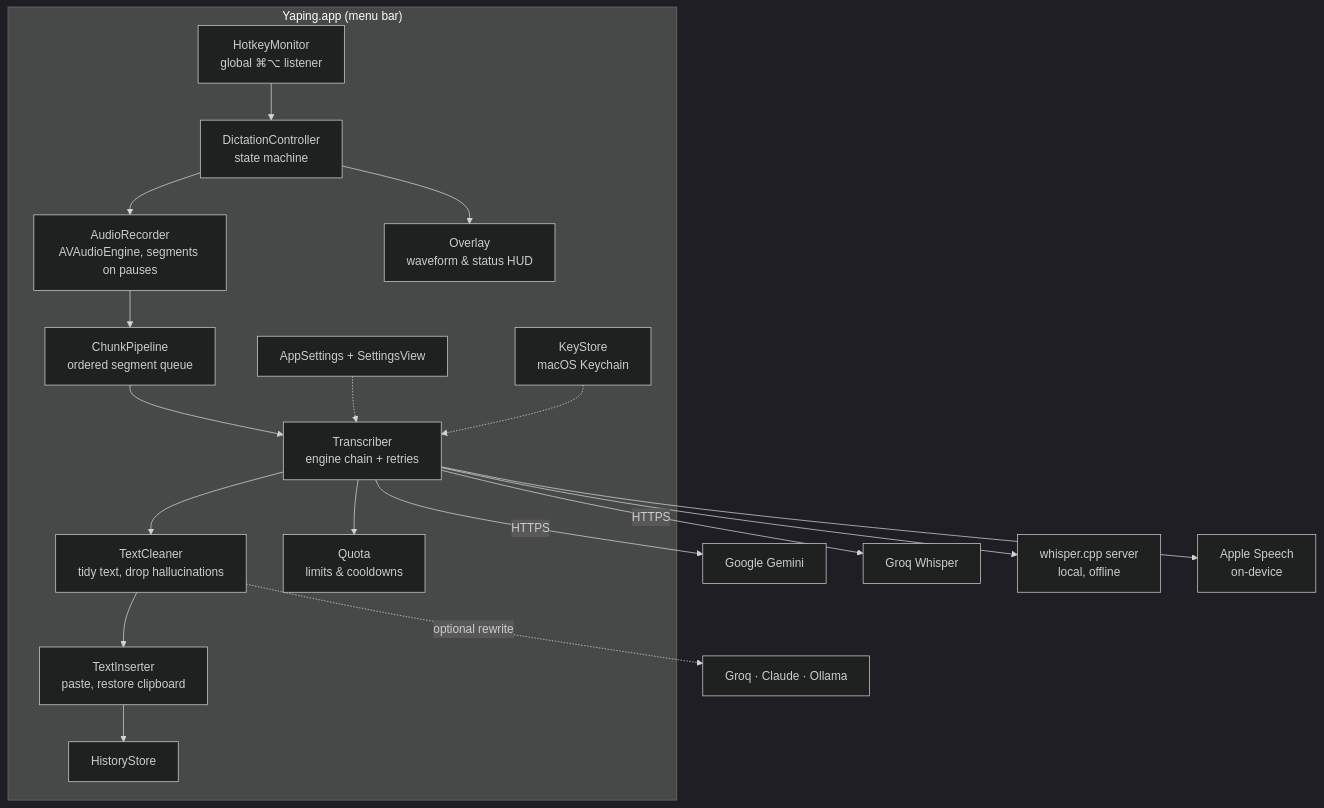
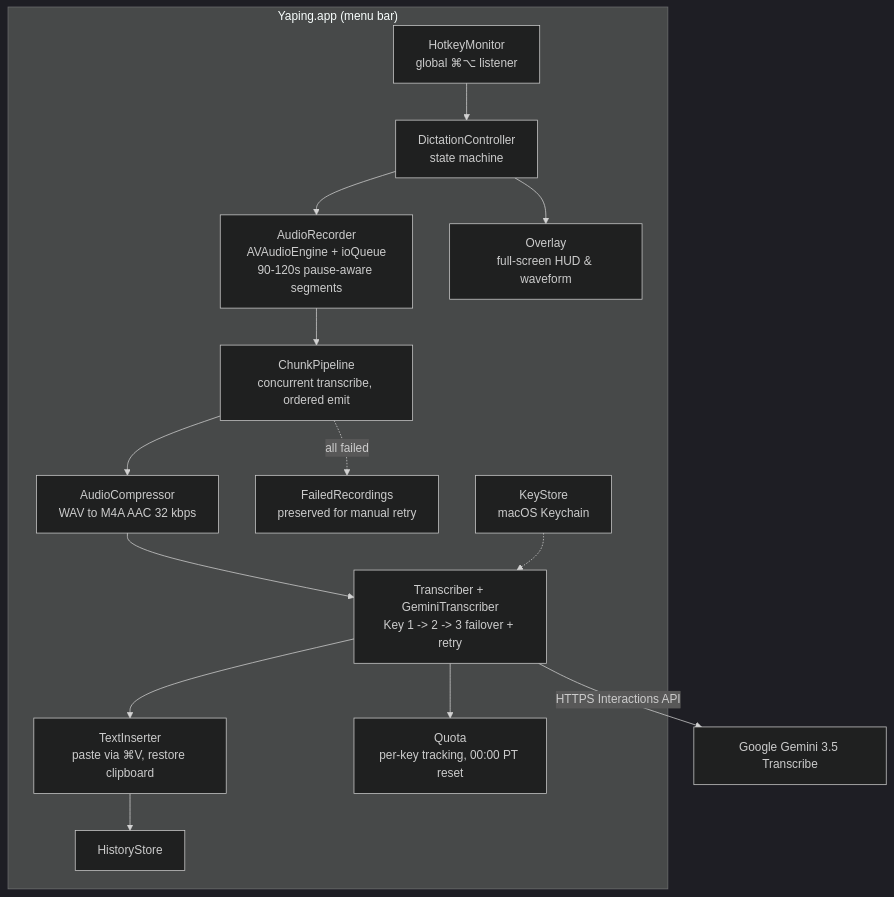
The diagram in Yaping/README.md (mnaufalzaki/Project-Portfolio), drawn with Mermaid (dark theme) before and after one commit. The commit also changed other lines of this file and 20 other files, not shown here.

Commit message:
feat(yaping): v1.1.0 Gemini 3.5 Transcribe focus, 3-key failover, full-screen HUD, M4A compression & pipeline optimizations

````diff
--- a/Yaping/README.md
+++ b/Yaping/README.md
@@ -121,21 +79,17 @@
 ```mermaid
 flowchart TB
     subgraph App["Yaping.app (menu bar)"]
         HK[HotkeyMonitor<br/>global ⌘⌥ listener] --> DC[DictationController<br/>state machine]
-        DC --> REC[AudioRecorder<br/>AVAudioEngine, segments on pauses]
-        REC --> CP[ChunkPipeline<br/>ordered segment queue]
-        CP --> TR[Transcriber<br/>engine chain + retries]
-        TR --> TC[TextCleaner<br/>tidy text, drop hallucinations]
-        TC --> TI[TextInserter<br/>paste, restore clipboard]
-        DC --> OV[Overlay<br/>waveform & status HUD]
-        TR --> QU[Quota<br/>limits & cooldowns]
-        ST[AppSettings + SettingsView] -.-> TR
+        DC --> REC[AudioRecorder<br/>AVAudioEngine + ioQueue<br/>90-120s pause-aware segments]
+        REC --> CP[ChunkPipeline<br/>concurrent transcribe, ordered emit]
+        CP --> AC[AudioCompressor<br/>WAV to M4A AAC 32 kbps]
+        AC --> TR[Transcriber + GeminiTranscriber<br/>Key 1 -> 2 -> 3 failover + retry]
+        TR --> TI[TextInserter<br/>paste via ⌘V, restore clipboard]
+        DC --> OV[Overlay<br/>full-screen HUD & waveform]
+        TR --> QU[Quota<br/>per-key tracking, 00:00 PT reset]
+        CP -.->|all failed| FR[FailedRecordings<br/>preserved for manual retry]
         KS[KeyStore<br/>macOS Keychain] -.-> TR
         TI --> HI[HistoryStore]
     end
-    TR -->|HTTPS| GEM[Google Gemini]
-    TR -->|HTTPS| GRQ[Groq Whisper]
-    TR --> LW[whisper.cpp server<br/>local, offline]
-    TR --> AS[Apple Speech<br/>on-device]
-    TC -.->|optional rewrite| LLM[Groq · Claude · Ollama]
+    TR -->|HTTPS Interactions API| GEM[Google Gemini 3.5 Transcribe]
 ```
````
